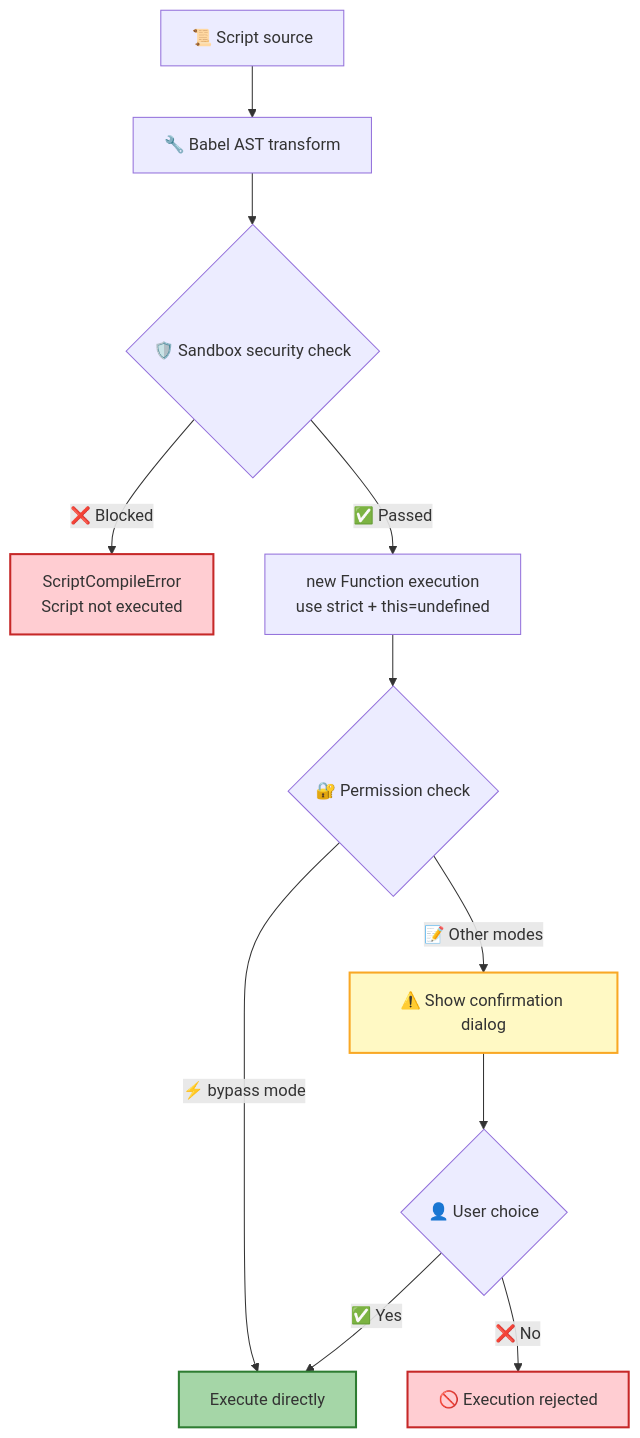
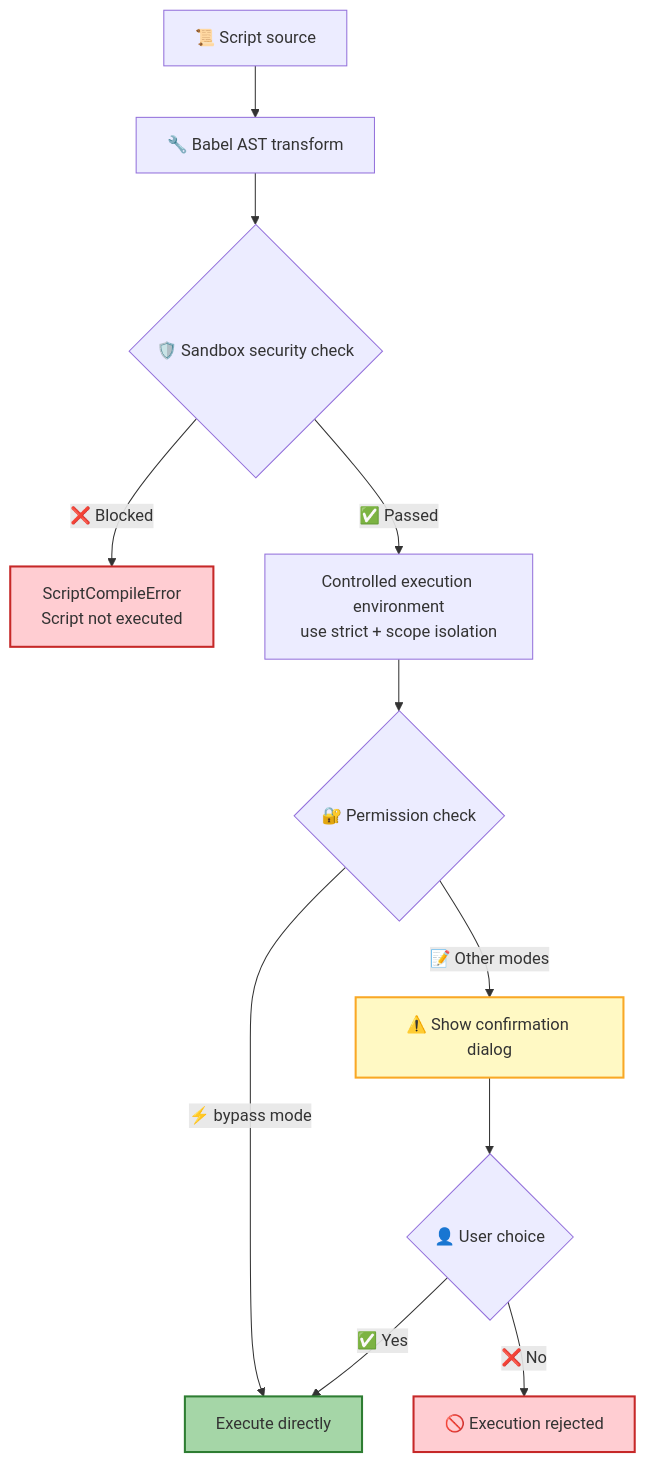
One commit to rtc-agent/docs changed the fifth of 6 diagrams in src/content/docs/en/concepts/script-engine.md. Above: the diagram before and after it, drawn with Mermaid. The commit also changed other lines of this file and 60 other files, not shown here.

First line of the commit message:
docs(site): refresh documentation with new sections and improved diagrams

````diff
--- a/src/content/docs/en/concepts/script-engine.md
+++ b/src/content/docs/en/concepts/script-engine.md
@@ -163,18 +164,18 @@
 ```mermaid
 flowchart TD
     A["📜 Script source"] --> B["🔧 Babel AST transform"]
     B --> C{"🛡️ Sandbox security check"}
     C -->|"❌ Blocked"| D["ScriptCompileError<br/>Script not executed"]
-    C -->|"✅ Passed"| E["new Function execution<br/>use strict + this=undefined"]
+    C -->|"✅ Passed"| E["Controlled execution environment<br/>use strict + scope isolation"]
     E --> F{"🔐 Permission check"}
     F -->|"⚡ bypass mode"| G["Execute directly"]
     F -->|"📝 Other modes"| H["⚠️ Show confirmation dialog"]
     H --> I{"👤 User choice"}
     I -->|"✅ Yes"| G
     I -->|"❌ No"| J["🚫 Execution rejected"]
 
     style D fill:#ffcdd2,stroke:#c62828,stroke-width:2px
     style G fill:#a5d6a7,stroke:#2e7d32,stroke-width:2px
     style H fill:#fff9c4,stroke:#f9a825,stroke-width:2px
     style J fill:#ffcdd2,stroke:#c62828,stroke-width:2px
 ```
````
